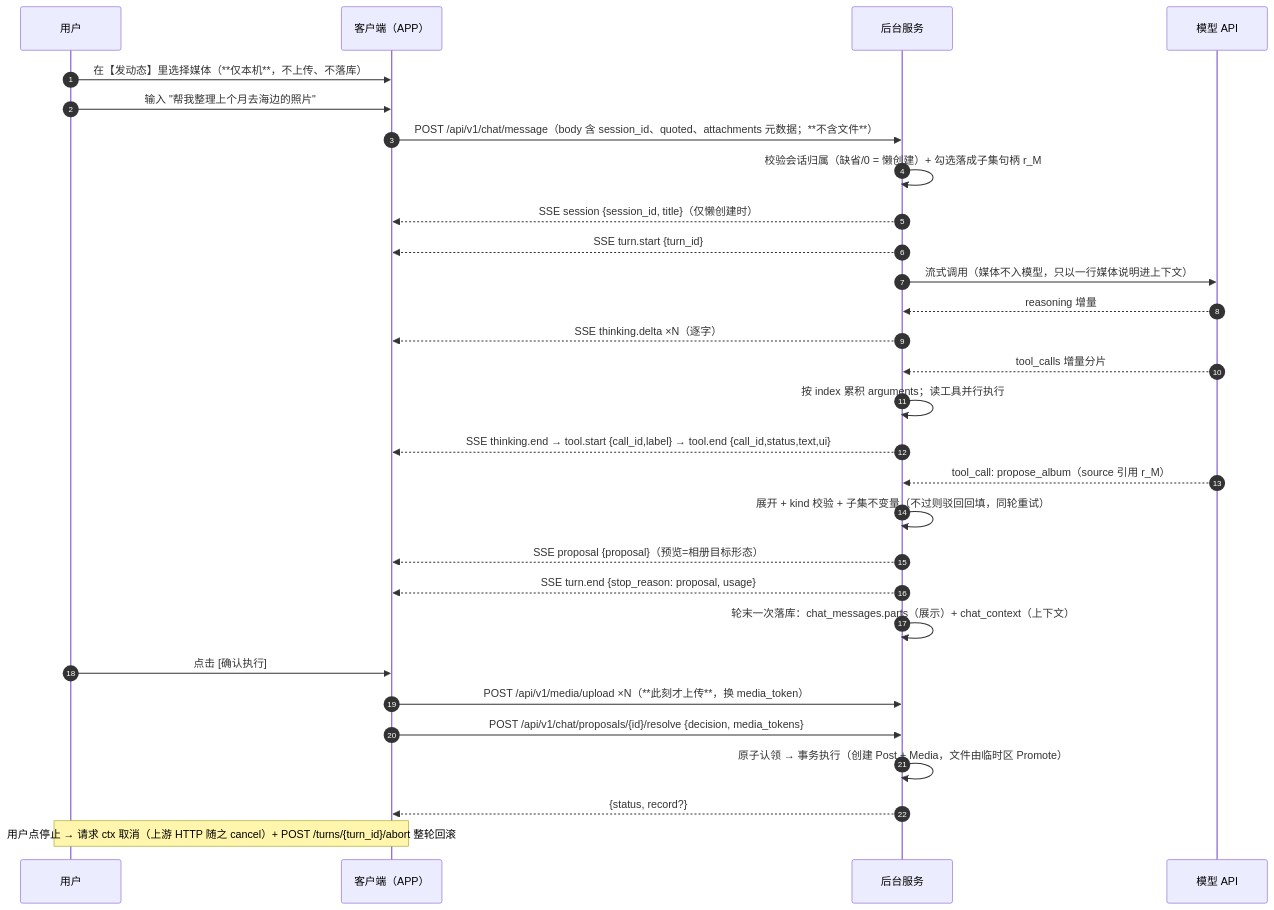
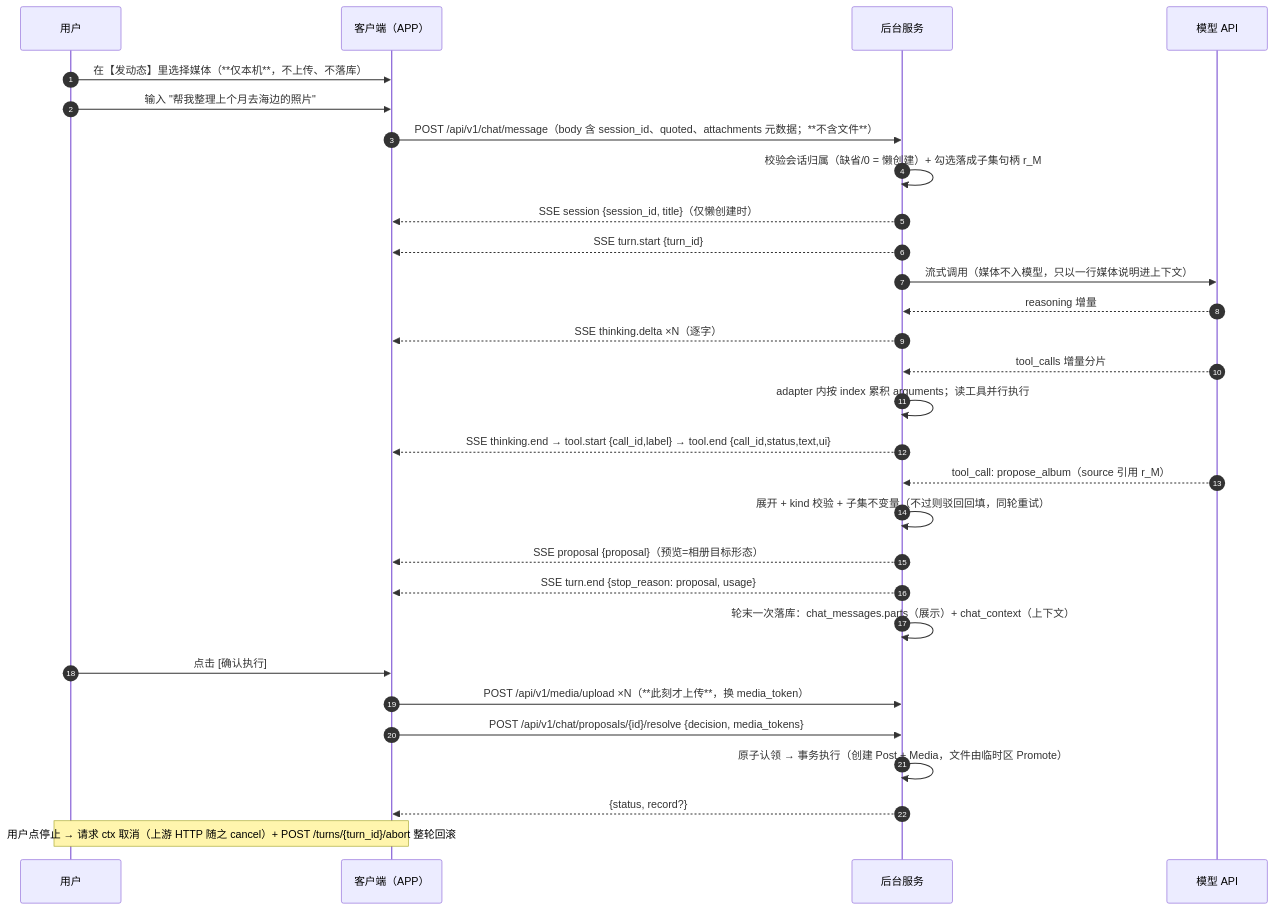
Before and after one commit to bookandmusic/love-life: the diagram in docs/design/AI模式设计.md, drawn with Mermaid. The commit also changed other lines of this file and 7 other files, not shown here.

````diff
--- a/docs/design/AI模式设计.md
+++ b/docs/design/AI模式设计.md
@@ -189,31 +189,31 @@
 ```mermaid
 sequenceDiagram
     autonumber
     participant U as 用户
     participant C as 客户端（APP）
     participant S as 后台服务
     participant M as 模型 API
     U->>C: 在【发动态】里选择媒体（**仅本机**，不上传、不落库）
     U->>C: 输入 "帮我整理上个月去海边的照片"
     C->>S: POST /api/v1/chat/message（body 含 session_id、quoted、attachments 元数据；**不含文件**）
     S->>S: 校验会话归属（缺省/0 = 懒创建）+ 勾选落成子集句柄 r_M
     S-->>C: SSE session {session_id, title}（仅懒创建时）
     S-->>C: SSE turn.start {turn_id}
     S->>M: 流式调用（媒体不入模型，只以一行媒体说明进上下文）
     M-->>S: reasoning 增量
     S-->>C: SSE thinking.delta ×N（逐字）
     M-->>S: tool_calls 增量分片
-    S->>S: 按 index 累积 arguments；读工具并行执行
+    S->>S: adapter 内按 index 累积 arguments；读工具并行执行
     S-->>C: SSE thinking.end → tool.start {call_id,label} → tool.end {call_id,status,text,ui}
     M-->>S: tool_call: propose_album（source 引用 r_M）
     S->>S: 展开 + kind 校验 + 子集不变量（不过则驳回回填，同轮重试）
     S-->>C: SSE proposal {proposal}（预览=相册目标形态）
     S-->>C: SSE turn.end {stop_reason: proposal, usage}
     S->>S: 轮末一次落库：chat_messages.parts（展示）+ chat_context（上下文）
     U->>C: 点击 [确认执行]
     C->>S: POST /api/v1/media/upload ×N（**此刻才上传**，换 media_token）
     C->>S: POST /api/v1/chat/proposals/{id}/resolve {decision, media_tokens}
     S->>S: 原子认领 → 事务执行（创建 Post + Media，文件由临时区 Promote）
     S-->>C: {status, record?}
     Note over U,C: 用户点停止 → 请求 ctx 取消（上游 HTTP 随之 cancel）+ POST /turns/{turn_id}/abort 整轮回滚
 ```
````
